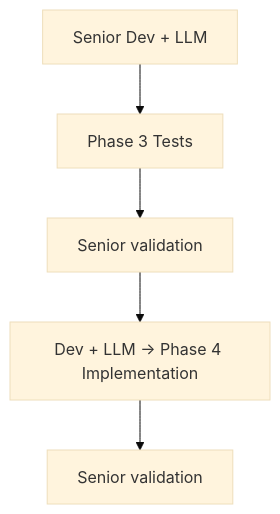
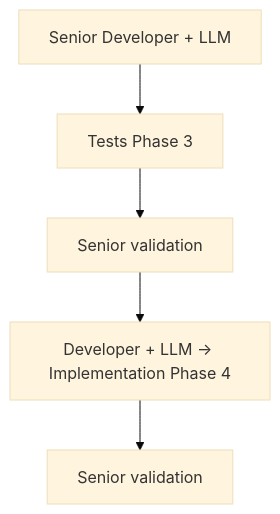
Before and after one commit to dc2method/dc2-website: the fourth of 6 diagrams in src/content/docs/en/roles-et-responsabilites.md, drawn with Mermaid (base theme). The commit also changed other lines of this file and 63 other files, not shown here.

````diff
--- a/src/content/docs/en/roles-et-responsabilites.md
+++ b/src/content/docs/en/roles-et-responsabilites.md
@@ -181,7 +180,7 @@
 ```mermaid
 graph TD
-    DSL[Senior Dev + LLM] --> T[Phase 3 Tests]
+    DSL[Senior Developer + LLM] --> T[Tests Phase 3]
     T --> VS[Senior validation]
-    VS --> DLI[Dev + LLM → Phase 4 Implementation]
+    VS --> DLI[Developer + LLM → Implementation Phase 4]
     DLI --> VS2[Senior validation]
 ```
````
